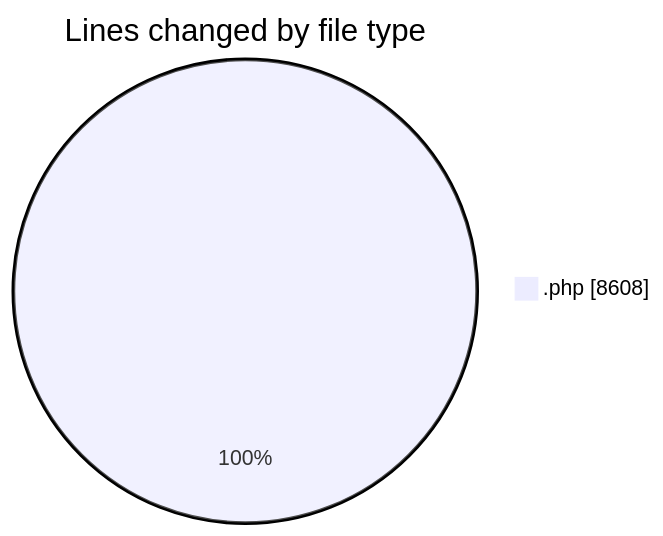
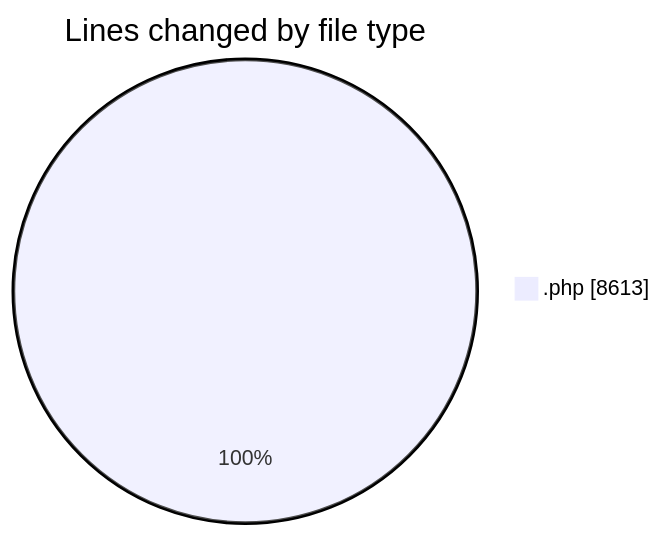
Before and after one commit to vahidmafi/code-tracking: the first of 2 diagrams in 2025-12-29/shop/README.md, drawn with Mermaid. The commit also changed other lines of this file and 1 other file, not shown here.

````diff
--- a/2025-12-29/shop/README.md
+++ b/2025-12-29/shop/README.md
@@ -22,5 +22,5 @@
 ```mermaid
 pie showData
 title Lines changed by file type
-".php" : 8608
+".php" : 8613
 ```
````
